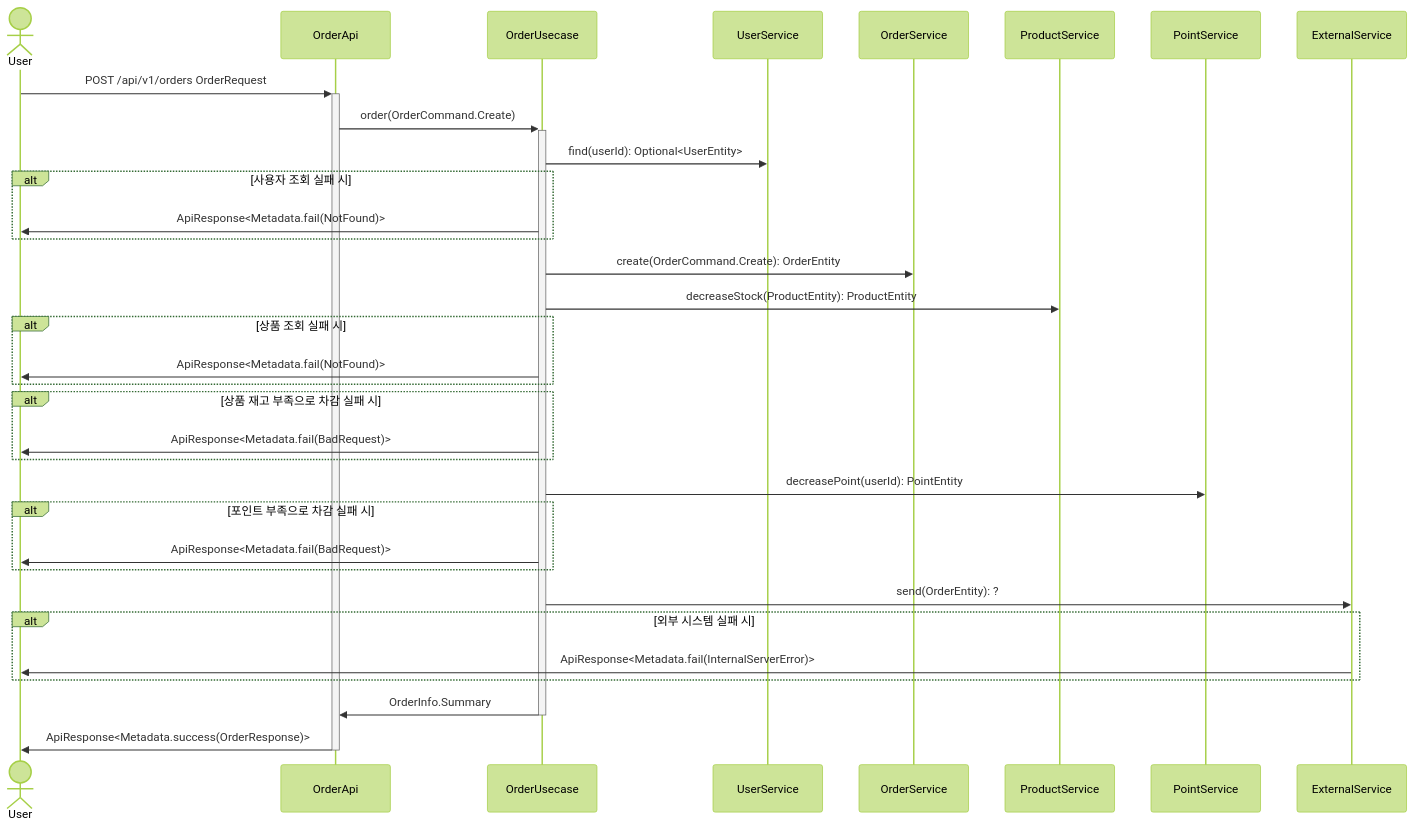
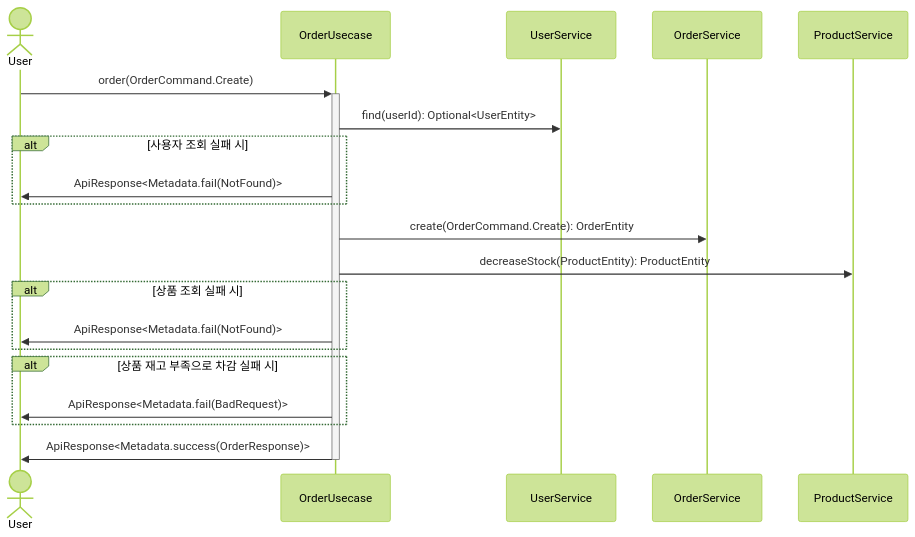
The seventh of 10 diagrams in docs/design/02-sequence-diagrams.md (Iol-lshh/loopers_be_practice_byjava), drawn with Mermaid (forest theme) before and after one commit. The commit also changed other lines of this file and 28 other files, not shown here.

````diff
--- a/docs/design/02-sequence-diagrams.md
+++ b/docs/design/02-sequence-diagrams.md
@@ -139,28 +126,18 @@
 ```mermaid
 sequenceDiagram
     actor User
-    User->>+OrderApi: POST /api/v1/orders OrderRequest
-    OrderApi->>+OrderUsecase: order(OrderCommand.Create)
+    User->>+OrderUsecase: order(OrderCommand.Create)
     OrderUsecase->>UserService: find(userId): Optional<UserEntity>
     alt 사용자 조회 실패 시
         OrderUsecase->>User: ApiResponse<Metadata.fail(NotFound)>
     end
     OrderUsecase->>OrderService: create(OrderCommand.Create): OrderEntity
     OrderUsecase->>ProductService: decreaseStock(ProductEntity): ProductEntity
     alt 상품 조회 실패 시
         OrderUsecase->>User: ApiResponse<Metadata.fail(NotFound)>
     end
     alt 상품 재고 부족으로 차감 실패 시
         OrderUsecase->>User: ApiResponse<Metadata.fail(BadRequest)>
     end
-    OrderUsecase->>PointService: decreasePoint(userId): PointEntity
-    alt 포인트 부족으로 차감 실패 시
-        OrderUsecase->>User: ApiResponse<Metadata.fail(BadRequest)>
-    end
-    OrderUsecase->>ExternalService: send(OrderEntity): ?
-    alt 외부 시스템 실패 시
-        ExternalService->>User: ApiResponse<Metadata.fail(InternalServerError)>
-    end
-    OrderUsecase->>-OrderApi: OrderInfo.Summary
-    OrderApi->>-User: ApiResponse<Metadata.success(OrderResponse)>
+    OrderUsecase->>-User: ApiResponse<Metadata.success(OrderResponse)>
 ```
````
